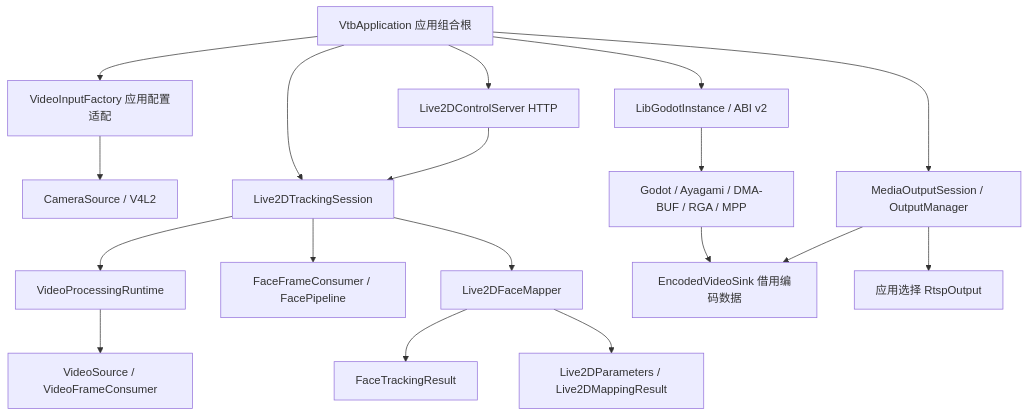
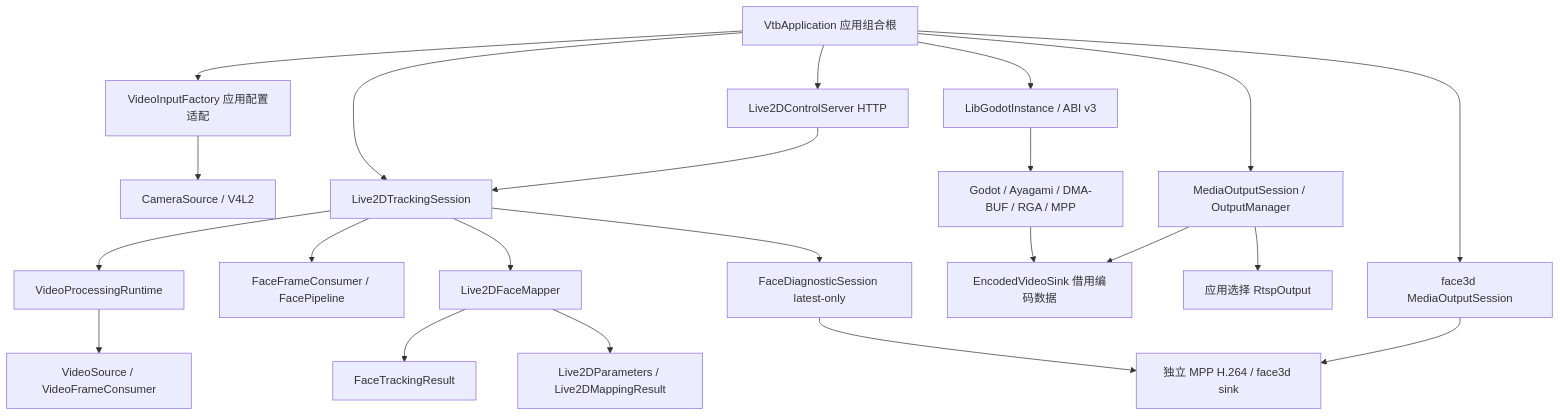
Before and after one commit to ytnxneydhsx/VTB: the diagram in docs/module-boundaries.md, drawn with Mermaid. The commit also changed other lines of this file and 24 other files, not shown here.

````diff
--- a/docs/module-boundaries.md
+++ b/docs/module-boundaries.md
@@ -17,20 +17,24 @@
 ```mermaid
 flowchart TB
     App[VtbApplication 应用组合根] --> Factory[VideoInputFactory 应用配置适配]
     Factory --> Capture[CameraSource / V4L2]
     App --> Session[Live2DTrackingSession]
     App --> Control[Live2DControlServer HTTP]
     Control --> Session
     Session --> Runtime[VideoProcessingRuntime]
     Runtime --> Video[VideoSource / VideoFrameConsumer]
     Session --> Face[FaceFrameConsumer / FacePipeline]
     Session --> Mapper[Live2DFaceMapper]
     Mapper --> FaceData[FaceTrackingResult]
+    Session --> Diagnostic[FaceDiagnosticSession latest-only]
+    Diagnostic --> DiagnosticSink[独立 MPP H.264 / face3d sink]
     Mapper --> Values[Live2DParameters / Live2DMappingResult]
-    App --> Godot[LibGodotInstance / ABI v2]
+    App --> Godot[LibGodotInstance / ABI v3]
     Godot --> Render[Godot / Ayagami / DMA-BUF / RGA / MPP]
     Render --> Sink[EncodedVideoSink 借用编码数据]
     App --> Output[MediaOutputSession / OutputManager]
     Output --> Sink
+    App --> DiagnosticOutput[face3d MediaOutputSession]
+    DiagnosticOutput --> DiagnosticSink
     Output --> Protocol[应用选择 RtspOutput]
 ```
````
